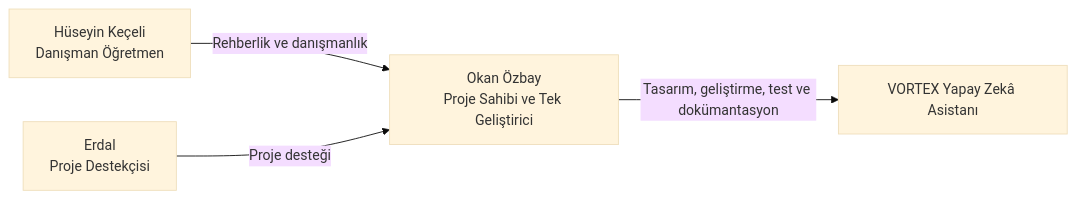
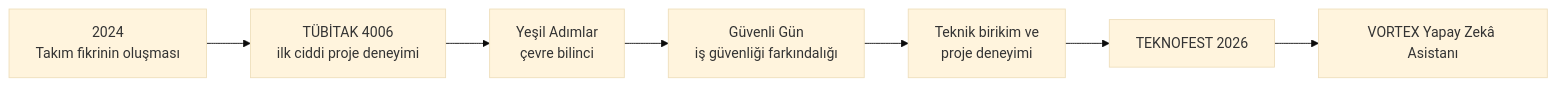
One commit to TheRottex/VORTEX-YAPAY-ZEKA-ASISTANI changed the first of 2 diagrams in TEKNOFESTTEAM.md. Above: the diagram before and after it, drawn with Mermaid (base theme). The commit also changed other lines of this file, not shown here.

````diff
--- a/TEKNOFESTTEAM.md
+++ b/TEKNOFESTTEAM.md
@@ -100,10 +73,17 @@
 ```mermaid
 flowchart LR
-    O[Okan Özbay<br/>Proje Sahibi ve Tek Geliştirici]
-    H[Hüseyin Keçeli<br/>Danışman Öğretmen]
-    E[Erdal<br/>Proje Destekçisi]
+    A[2024<br/>Takım fikrinin oluşması]
+    B[TÜBİTAK 4006<br/>ilk ciddi proje deneyimi]
+    C[Yeşil Adımlar<br/>çevre bilinci]
+    D[Güvenli Gün<br/>iş güvenliği farkındalığı]
+    E[Teknik birikim ve<br/>proje deneyimi]
+    F[TEKNOFEST 2026]
+    G[VORTEX Yapay Zekâ Asistanı]
 
-    H -->|Rehberlik ve danışmanlık| O
-    E -->|Proje desteği| O
-    O -->|Tasarım, geliştirme, test ve dokümantasyon| V[VORTEX Yapay Zekâ Asistanı]
+    A --> B
+    B --> C
+    C --> D
+    D --> E
+    E --> F
+    F --> G
 ```
````
